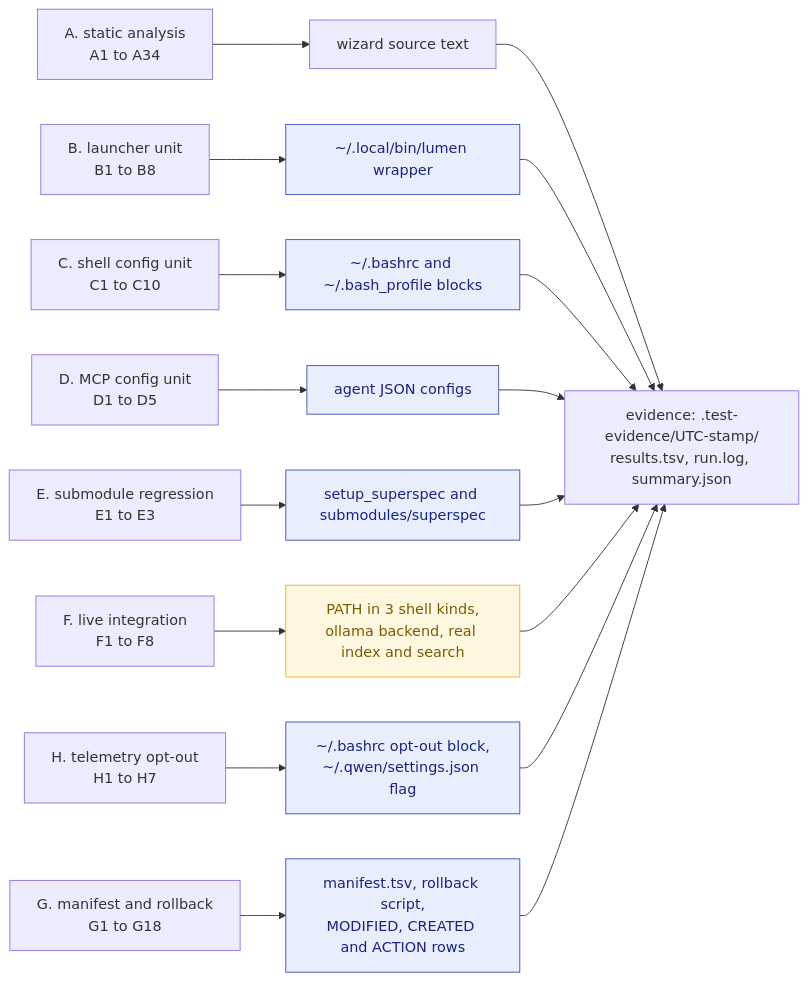
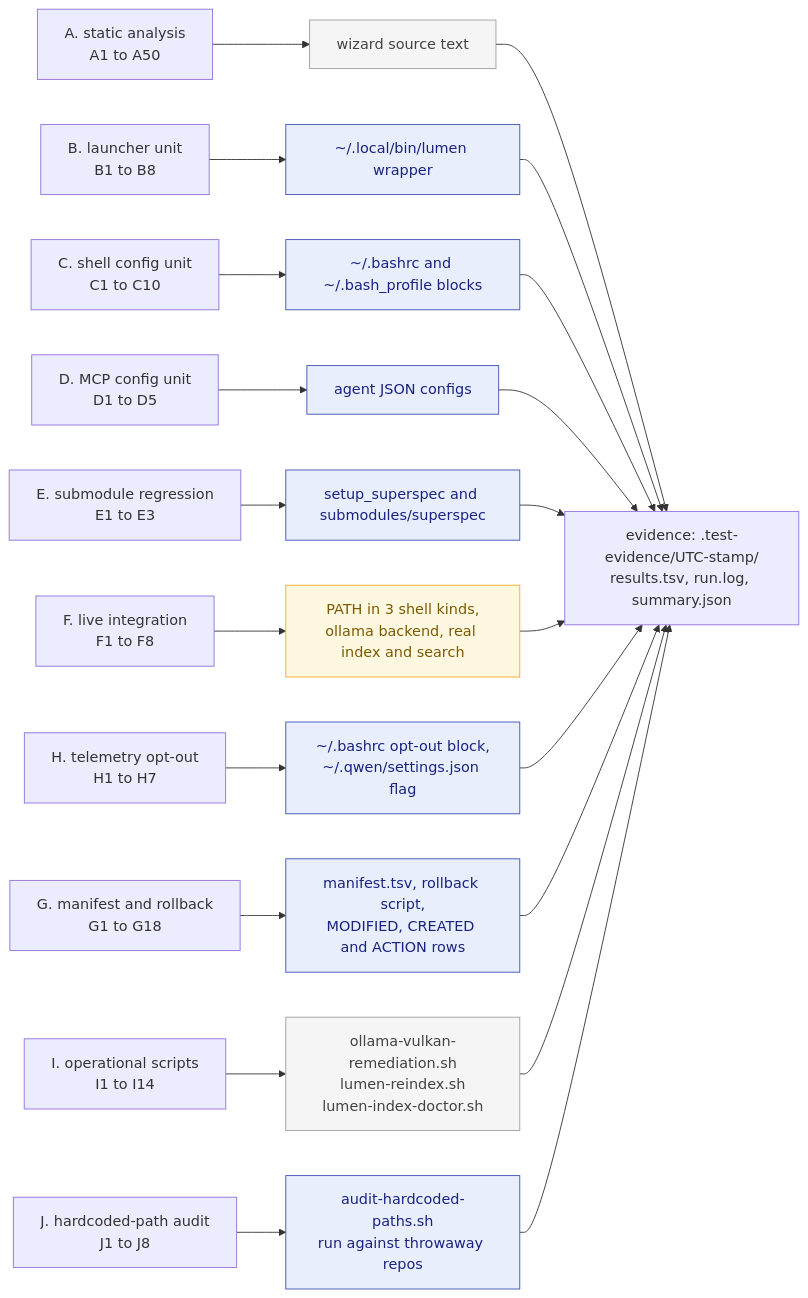
The fifth of 6 diagrams in docs/setup-agents-wizard/ARCHITECTURE.md (milos85vasic/vasic), drawn with Mermaid before and after one commit. The commit also changed other lines of this file and 17 other files, not shown here.

````diff
--- a/docs/setup-agents-wizard/ARCHITECTURE.md
+++ b/docs/setup-agents-wizard/ARCHITECTURE.md
@@ -414,25 +525,31 @@
 ```mermaid
 flowchart LR
-    A["A. static analysis<br/>A1 to A34"] --> AT["wizard source text"]
+    A["A. static analysis<br/>A1 to A50"] --> AT["wizard source text"]
     B["B. launcher unit<br/>B1 to B8"] --> BT["~/.local/bin/lumen wrapper"]
     C["C. shell config unit<br/>C1 to C10"] --> CT["~/.bashrc and ~/.bash_profile blocks"]
     D["D. MCP config unit<br/>D1 to D5"] --> DT["agent JSON configs"]
     E["E. submodule regression<br/>E1 to E3"] --> ET["setup_superspec and submodules/superspec"]
     F["F. live integration<br/>F1 to F8"] --> FT["PATH in 3 shell kinds,<br/>ollama backend, real index and search"]
     H["H. telemetry opt-out<br/>H1 to H7"] --> HT["~/.bashrc opt-out block,<br/>~/.qwen/settings.json flag"]
     G["G. manifest and rollback<br/>G1 to G18"] --> GT["manifest.tsv, rollback script,<br/>MODIFIED, CREATED and ACTION rows"]
+    I["I. operational scripts<br/>I1 to I14"] --> IT["ollama-vulkan-remediation.sh<br/>lumen-reindex.sh<br/>lumen-index-doctor.sh"]
+    J["J. hardcoded-path audit<br/>J1 to J8"] --> JT["audit-hardcoded-paths.sh<br/>run against throwaway repos"]
 
     AT --> EV["evidence: .test-evidence/UTC-stamp/<br/>results.tsv, run.log, summary.json"]
     BT --> EV
     CT --> EV
     DT --> EV
     ET --> EV
     FT --> EV
     HT --> EV
     GT --> EV
+    IT --> EV
+    JT --> EV
 
     classDef sandbox fill:#e8eefc,stroke:#3f51b5,color:#1a237e
     classDef live fill:#fff8e1,stroke:#f9a825,color:#7a5900
-    class BT,CT,DT,ET,HT,GT sandbox
+    classDef srconly fill:#f5f5f5,stroke:#9e9e9e,color:#424242
+    class BT,CT,DT,ET,HT,GT,JT sandbox
     class FT live
+    class AT,IT srconly
 ```
````
